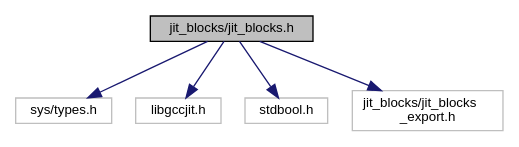
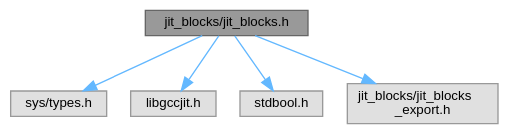
One commit to htfy96/jit_blocks changed the diagram in jit__blocks_8h__incl.dot. Above: the diagram before and after it, drawn with Graphviz. The commit also changed 106 other files, not shown here.

```diff
--- a/jit__blocks_8h__incl.dot
+++ b/jit__blocks_8h__incl.dot
@@ -1,15 +1,16 @@
 digraph "jit_blocks/jit_blocks.h"
 {
  // LATEX_PDF_SIZE
-  edge [fontname="Helvetica",fontsize="10",labelfontname="Helvetica",labelfontsize="10"];
-  node [fontname="Helvetica",fontsize="10",shape=record];
-  Node1 [label="jit_blocks/jit_blocks.h",height=0.2,width=0.4,color="black", fillcolor="grey75", style="filled", fontcolor="black",tooltip=" "];
-  Node1 -> Node2 [color="midnightblue",fontsize="10",style="solid",fontname="Helvetica"];
-  Node2 [label="sys/types.h",height=0.2,width=0.4,color="grey75", fillcolor="white", style="filled",tooltip=" "];
-  Node1 -> Node3 [color="midnightblue",fontsize="10",style="solid",fontname="Helvetica"];
-  Node3 [label="libgccjit.h",height=0.2,width=0.4,color="grey75", fillcolor="white", style="filled",tooltip=" "];
-  Node1 -> Node4 [color="midnightblue",fontsize="10",style="solid",fontname="Helvetica"];
-  Node4 [label="stdbool.h",height=0.2,width=0.4,color="grey75", fillcolor="white", style="filled",tooltip=" "];
-  Node1 -> Node5 [color="midnightblue",fontsize="10",style="solid",fontname="Helvetica"];
-  Node5 [label="jit_blocks/jit_blocks\l_export.h",height=0.2,width=0.4,color="grey75", fillcolor="white", style="filled",tooltip=" "];
+  bgcolor="transparent";
+  edge [fontname=Helvetica,fontsize=10,labelfontname=Helvetica,labelfontsize=10];
+  node [fontname=Helvetica,fontsize=10,shape=box,height=0.2,width=0.4];
+  Node1 [id="Node000001",label="jit_blocks/jit_blocks.h",height=0.2,width=0.4,color="gray40", fillcolor="grey60", style="filled", fontcolor="black",tooltip=" "];
+  Node1 -> Node2 [id="edge1_Node000001_Node000002",color="steelblue1",style="solid",tooltip=" "];
+  Node2 [id="Node000002",label="sys/types.h",height=0.2,width=0.4,color="grey60", fillcolor="#E0E0E0", style="filled",tooltip=" "];
+  Node1 -> Node3 [id="edge2_Node000001_Node000003",color="steelblue1",style="solid",tooltip=" "];
+  Node3 [id="Node000003",label="libgccjit.h",height=0.2,width=0.4,color="grey60", fillcolor="#E0E0E0", style="filled",tooltip=" "];
+  Node1 -> Node4 [id="edge3_Node000001_Node000004",color="steelblue1",style="solid",tooltip=" "];
+  Node4 [id="Node000004",label="stdbool.h",height=0.2,width=0.4,color="grey60", fillcolor="#E0E0E0", style="filled",tooltip=" "];
+  Node1 -> Node5 [id="edge4_Node000001_Node000005",color="steelblue1",style="solid",tooltip=" "];
+  Node5 [id="Node000005",label="jit_blocks/jit_blocks\l_export.h",height=0.2,width=0.4,color="grey60", fillcolor="#E0E0E0", style="filled",tooltip=" "];
 }
```
